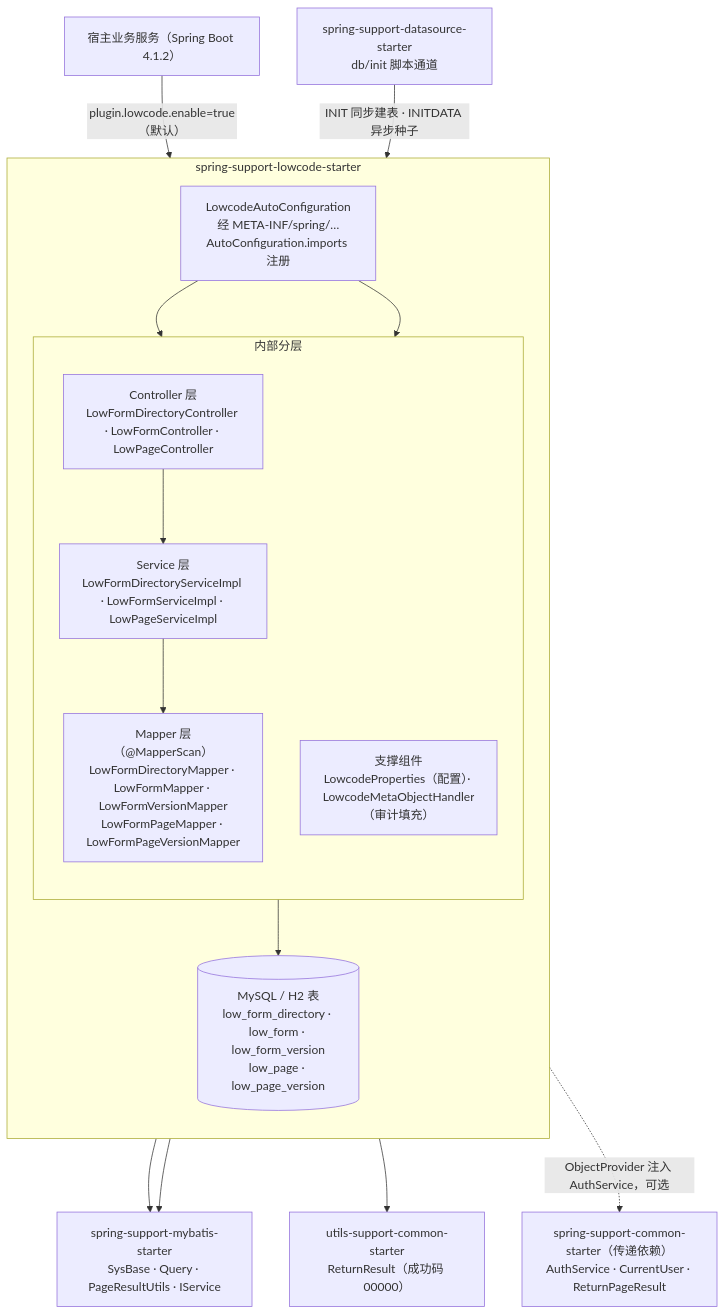
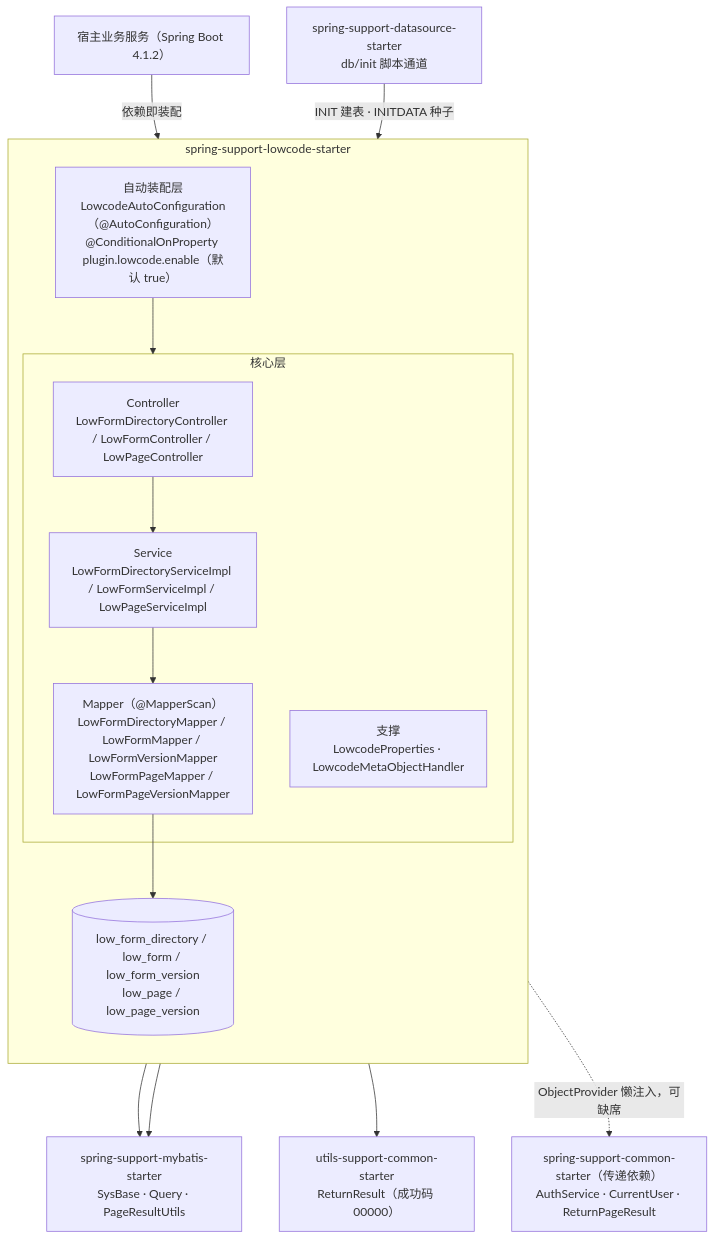
One commit to CHTK001/spring-support-parent-starter changed the first of 2 diagrams in spring-support-lowcode-starter/README.md. Above: the diagram before and after it, drawn with Mermaid. The commit also changed other lines of this file and 54 other files, not shown here.

````diff
--- a/spring-support-lowcode-starter/README.md
+++ b/spring-support-lowcode-starter/README.md
@@ -16,34 +7,32 @@
 ```mermaid
-graph TB
+flowchart TB
     HOST["宿主业务服务（Spring Boot 4.1.2）"]
 
     subgraph LOWCODE["spring-support-lowcode-starter"]
         direction TB
-        AUTO["LowcodeAutoConfiguration<br/>经 META-INF/spring/…AutoConfiguration.imports 注册"]
-        subgraph LAYERS["内部分层"]
-            direction TB
-            WEB["Controller 层<br/>LowFormDirectoryController · LowFormController · LowPageController"]
-            SVC["Service 层<br/>LowFormDirectoryServiceImpl · LowFormServiceImpl · LowPageServiceImpl"]
-            DAO["Mapper 层（@MapperScan）<br/>LowFormDirectoryMapper · LowFormMapper · LowFormVersionMapper<br/>LowFormPageMapper · LowFormPageVersionMapper"]
-            SUP["支撑组件<br/>LowcodeProperties（配置）· LowcodeMetaObjectHandler（审计填充）"]
+        AUTO["自动装配层<br/>LowcodeAutoConfiguration（@AutoConfiguration）<br/>@ConditionalOnProperty plugin.lowcode.enable（默认 true）"]
+        subgraph CORE["核心层"]
+            WEB["Controller<br/>LowFormDirectoryController / LowFormController / LowPageController"]
+            SVC["Service<br/>LowFormDirectoryServiceImpl / LowFormServiceImpl / LowPageServiceImpl"]
+            DAO["Mapper（@MapperScan）<br/>LowFormDirectoryMapper / LowFormMapper / LowFormVersionMapper<br/>LowFormPageMapper / LowFormPageVersionMapper"]
+            SUP["支撑<br/>LowcodeProperties · LowcodeMetaObjectHandler"]
         end
-        DB[("MySQL / H2 表<br/>low_form_directory · low_form · low_form_version<br/>low_page · low_page_version")]
+        DB[("low_form_directory / low_form / low_form_version<br/>low_page / low_page_version")]
     end
 
-    MYBATIS["spring-support-mybatis-starter<br/>SysBase · Query · PageResultUtils · IService"]
+    MYB["spring-support-mybatis-starter<br/>SysBase · Query · PageResultUtils"]
     DS["spring-support-datasource-starter<br/>db/init 脚本通道"]
     UTILS["utils-support-common-starter<br/>ReturnResult（成功码 00000）"]
-    AUTH["spring-support-common-starter（传递依赖）<br/>AuthService · CurrentUser · ReturnPageResult"]
+    COMMON["spring-support-common-starter（传递依赖）<br/>AuthService · CurrentUser · ReturnPageResult"]
 
-    HOST -->|"plugin.lowcode.enable=true（默认）"| AUTO
-    AUTO --> WEB
+    HOST -->|"依赖即装配"| AUTO
+    AUTO --> CORE
     WEB --> SVC
     SVC --> DAO
     DAO --> DB
-    AUTO --> SUP
-    SVC --> MYBATIS
-    DAO --> MYBATIS
+    SVC --> MYB
+    DAO --> MYB
     WEB --> UTILS
-    SUP -.->|"ObjectProvider 注入 AuthService，可选"| AUTH
-    DS -->|"INIT 同步建表 · INITDATA 异步种子"| DB
+    SUP -.->|"ObjectProvider 懒注入，可缺席"| COMMON
+    DS -->|"INIT 建表 · INITDATA 种子"| DB
 ```
````
